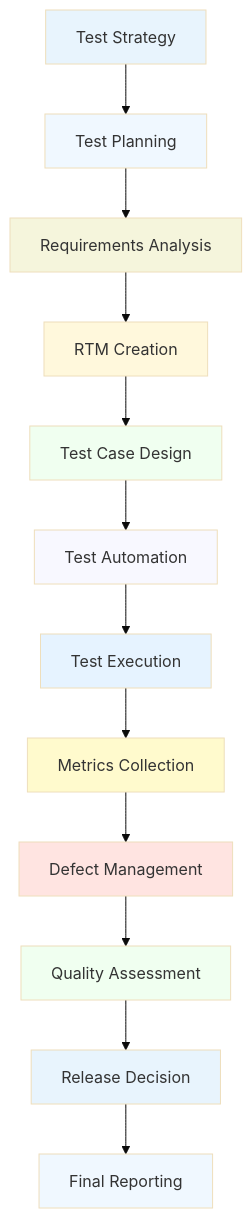
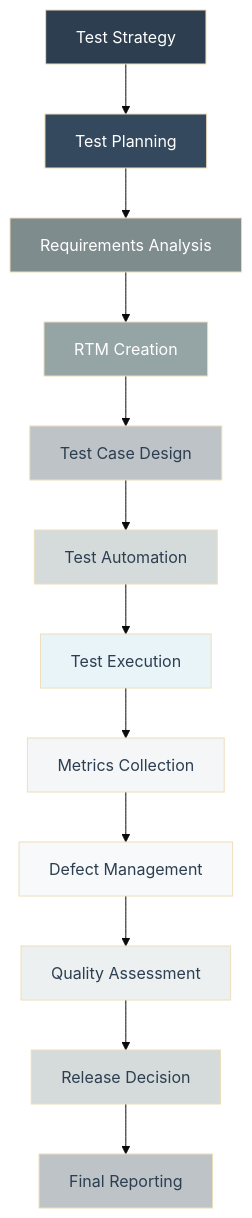
One commit to Tasmimdristy7/qa-lifecycle-suite changed the first of 7 diagrams in docs/qa-lifecycle-diagram.md. Above: the diagram before and after it, drawn with Mermaid (base theme). The commit also changed other lines of this file and 3 other files, not shown here.

````diff
--- a/docs/qa-lifecycle-diagram.md
+++ b/docs/qa-lifecycle-diagram.md
@@ -5,27 +5,27 @@
 ```mermaid
 graph TD
     A[Test Strategy] --> B[Test Planning]
     B --> C[Requirements Analysis]
     C --> D[RTM Creation]
     D --> E[Test Case Design]
     E --> F[Test Automation]
     F --> G[Test Execution]
     G --> H[Metrics Collection]
     H --> I[Defect Management]
     I --> J[Quality Assessment]
     J --> K[Release Decision]
     K --> L[Final Reporting]
     
-    style A fill:#e8f4fd
-    style B fill:#f0f8ff
-    style C fill:#f5f5dc
-    style D fill:#fff8dc
-    style E fill:#f0fff0
-    style F fill:#f8f8ff
-    style G fill:#e6f3ff
-    style H fill:#fffacd
-    style I fill:#ffe4e1
-    style J fill:#f0fff0
-    style K fill:#e8f4fd
-    style L fill:#f0f8ff
+    style A fill:#2c3e50,color:#ffffff
+    style B fill:#34495e,color:#ffffff
+    style C fill:#7f8c8d,color:#ffffff
+    style D fill:#95a5a6,color:#ffffff
+    style E fill:#bdc3c7,color:#2c3e50
+    style F fill:#d5dbdb,color:#2c3e50
+    style G fill:#e8f4f8,color:#2c3e50
+    style H fill:#f4f6f7,color:#2c3e50
+    style I fill:#f8f9fa,color:#2c3e50
+    style J fill:#ecf0f1,color:#2c3e50
+    style K fill:#d5dbdb,color:#2c3e50
+    style L fill:#bdc3c7,color:#2c3e50
 ```
````
